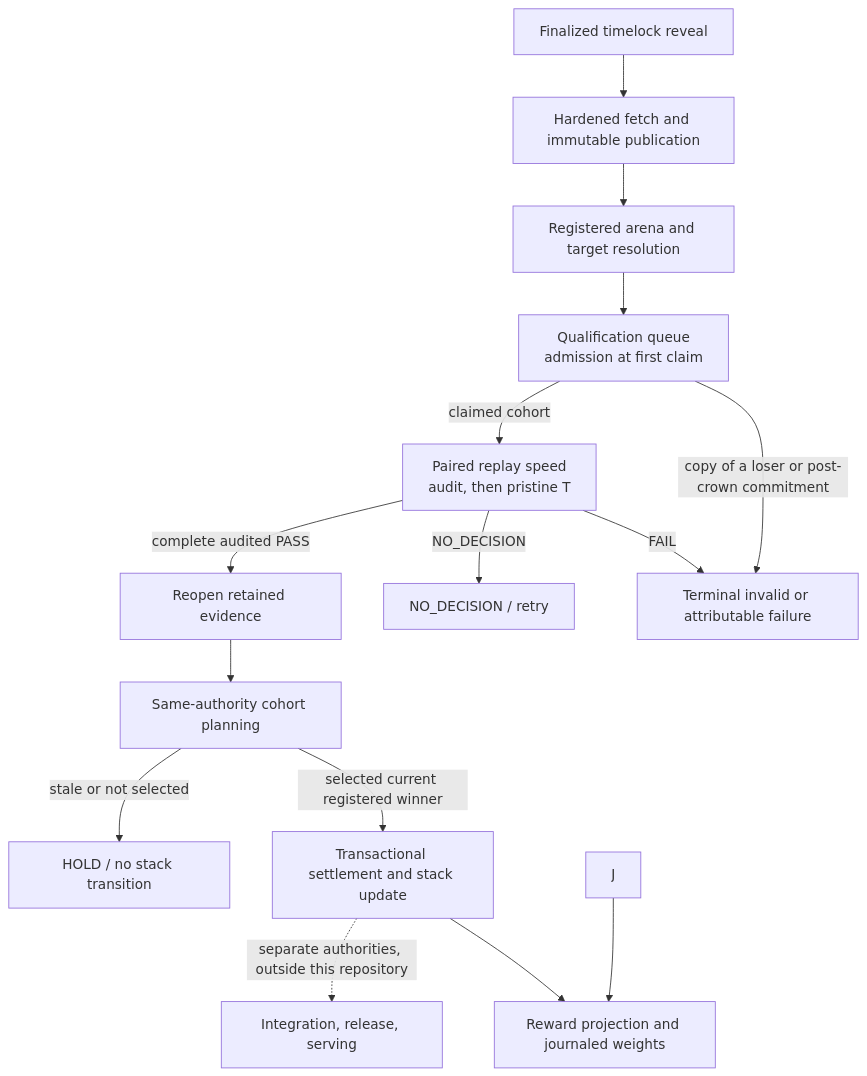
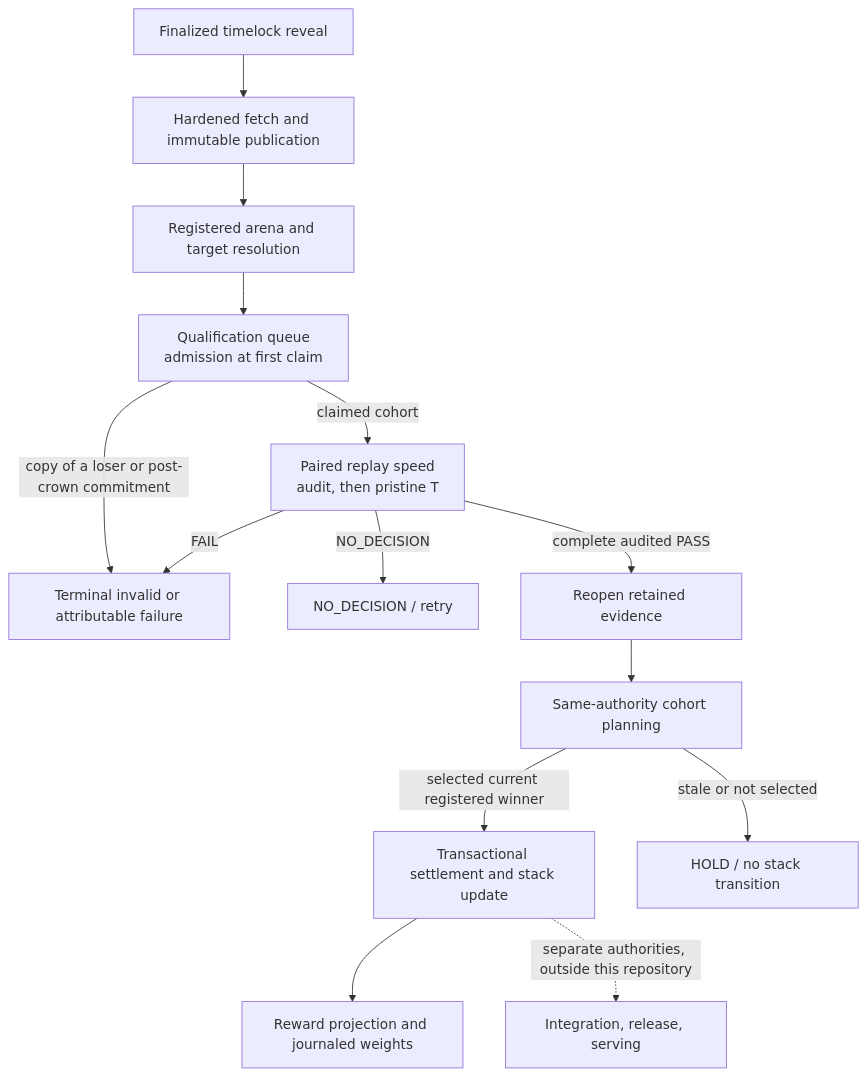
One commit to latent-to/cacheon changed the diagram in docs/architecture/pipeline.md. Above: the diagram before and after it, drawn with Mermaid. The commit also changed other lines of this file and 16 other files, not shown here.

Commit message:
Docs: bring validator and architecture pages up to the V17 replay eval and the cache slot

````diff
--- a/docs/architecture/pipeline.md
+++ b/docs/architecture/pipeline.md
@@ -33,17 +33,16 @@
 ```mermaid
 flowchart TD
     A["Finalized timelock reveal"] --> B["Hardened fetch and immutable publication"]
     B --> C["Registered arena and target resolution"]
     C --> D["Qualification queue<br/>admission at first claim"]
     D -->|"copy of a loser or post-crown commitment"| F["Terminal invalid or attributable failure"]
     D -->|"claimed cohort"| Q["Paired replay speed<br/>audit, then pristine T"]
     Q -->|"FAIL"| F
     Q -->|"NO_DECISION"| N["NO_DECISION / retry"]
     Q -->|"complete audited PASS"| S["Reopen retained evidence"]
     S --> G["Same-authority cohort planning"]
     G -->|"selected current registered winner"| T["Transactional settlement and stack update"]
     G -->|"stale or not selected"| H["HOLD / no stack transition"]
     T --> W["Reward projection and journaled weights"]
-    J --> W
     T -. "separate authorities, outside this repository" .-> I["Integration, release, serving"]
 ```
````
